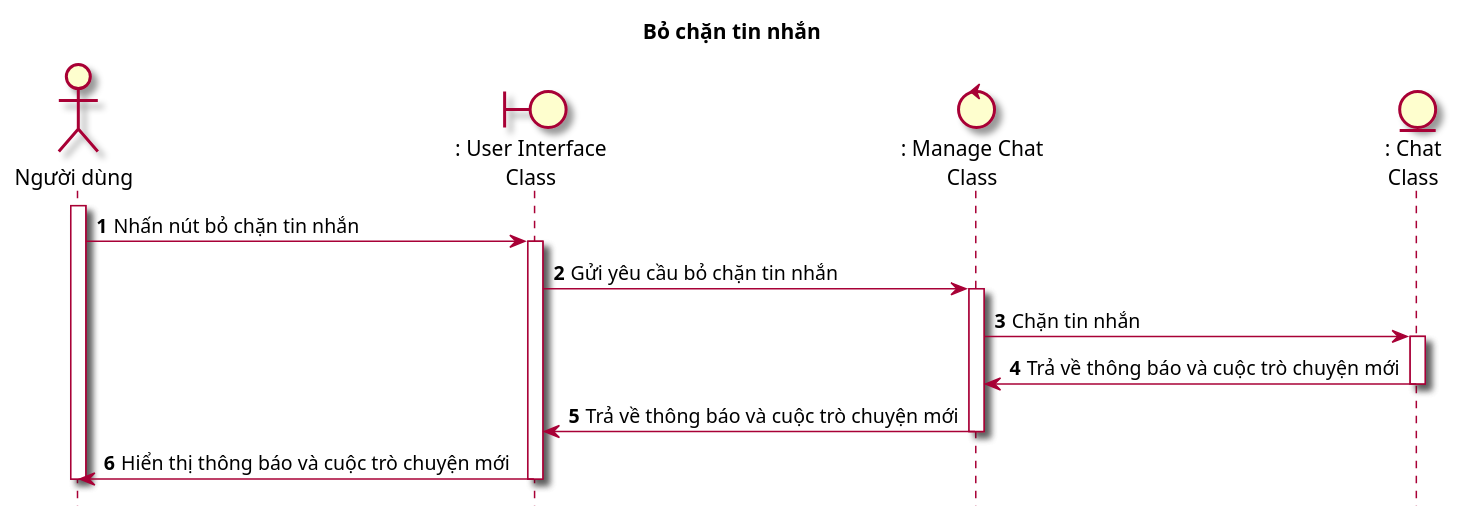
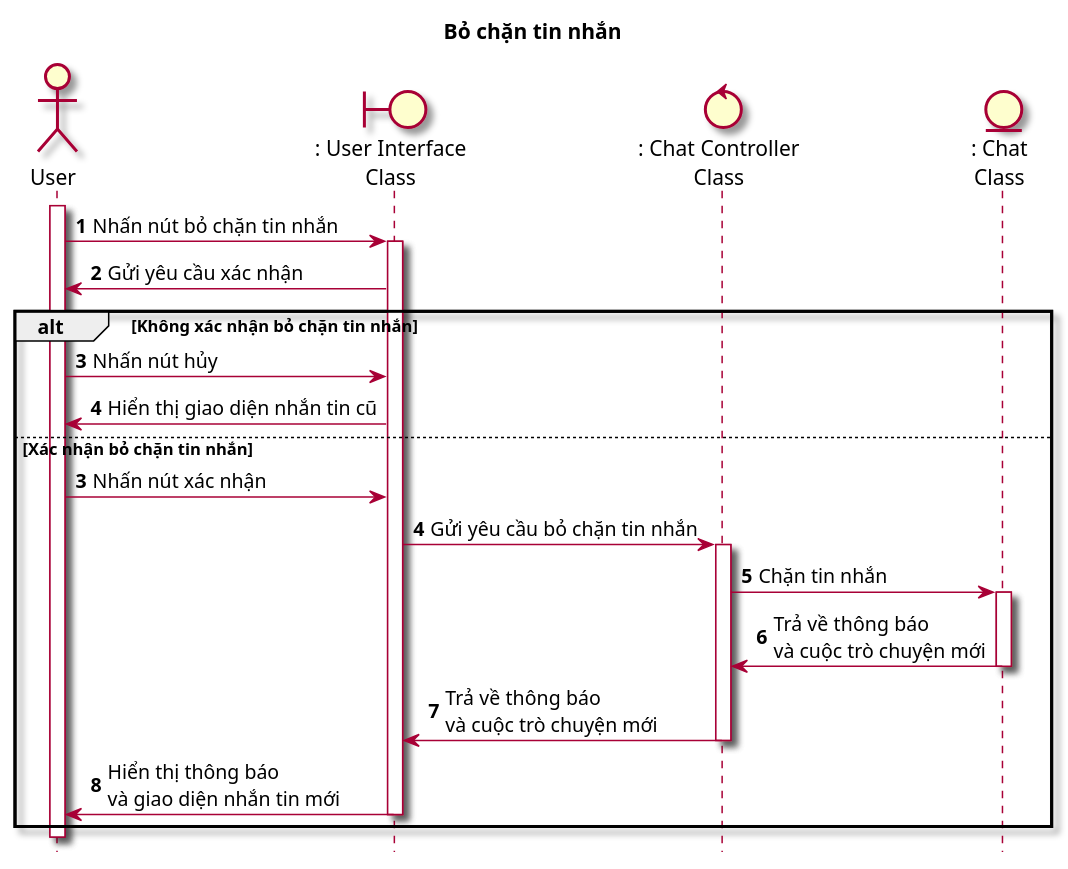
One commit to Griselda4774/EAS-EmploymentAssistanceSystem changed the diagram in Lab1/Lab 1.2 Diagram/Sequence/FilePUML/11.6. BoChanTinNhan.puml. Above: the diagram before and after it, drawn with PlantUML. The commit also changed 14 other files, not shown here.

```diff
--- a/Lab1/Lab 1.2 Diagram/Sequence/FilePUML/11.6. BoChanTinNhan.puml
+++ b/Lab1/Lab 1.2 Diagram/Sequence/FilePUML/11.6. BoChanTinNhan.puml
@@ -1,22 +1,30 @@
 @startuml SeqBoChanTinNhan
 
 skin rose
 hide footbox
 title Bỏ chặn tin nhắn
 
-actor "Người dùng" as nguoiDung
+actor User as user
 boundary ": User Interface\nClass" as userInterface
-control ": Manage Chat\nClass" as manageChat
+control ": Chat Controller\nClass" as chatController
 entity ": Chat\nClass" as chat
 
 autonumber
-nguoiDung++
-nguoiDung -> userInterface++: Nhấn nút bỏ chặn tin nhắn
-userInterface -> manageChat++: Gửi yêu cầu bỏ chặn tin nhắn
-manageChat -> chat++: Chặn tin nhắn
-chat -> manageChat--: Trả về thông báo và cuộc trò chuyện mới
-manageChat -> userInterface--: Trả về thông báo và cuộc trò chuyện mới
-userInterface -> nguoiDung--: Hiển thị thông báo và cuộc trò chuyện mới
-nguoiDung--
+user++
+user -> userInterface++: Nhấn nút bỏ chặn tin nhắn
+userInterface -> user: Gửi yêu cầu xác nhận
+alt Không xác nhận bỏ chặn tin nhắn
+    user -> userInterface: Nhấn nút hủy
+    userInterface -> user: Hiển thị giao diện nhắn tin cũ
+else Xác nhận bỏ chặn tin nhắn
+    autonumber 3
+    user -> userInterface: Nhấn nút xác nhận
+    userInterface -> chatController++: Gửi yêu cầu bỏ chặn tin nhắn
+    chatController -> chat++: Chặn tin nhắn
+    chat -> chatController--: Trả về thông báo \nvà cuộc trò chuyện mới
+    chatController -> userInterface--: Trả về thông báo\nvà cuộc trò chuyện mới
+    userInterface -> user--: Hiển thị thông báo\nvà giao diện nhắn tin mới
+end
+user--
 
 @enduml
```
